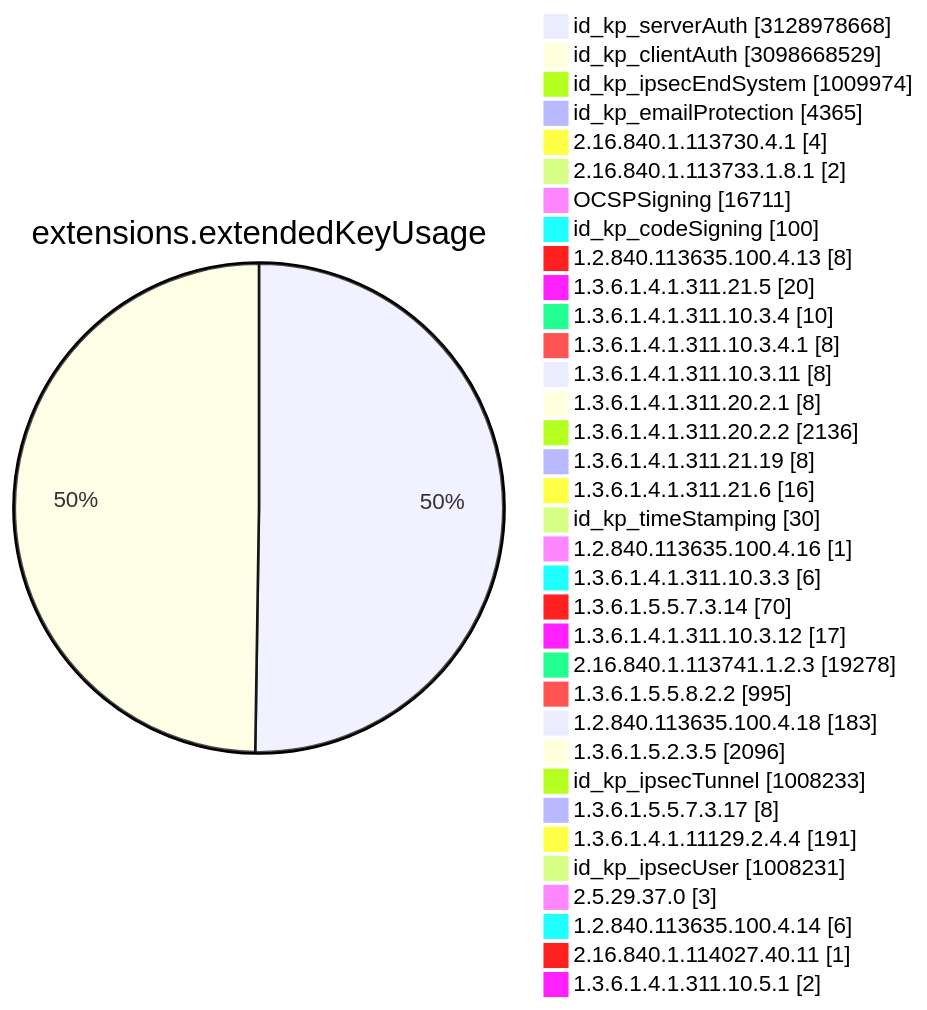
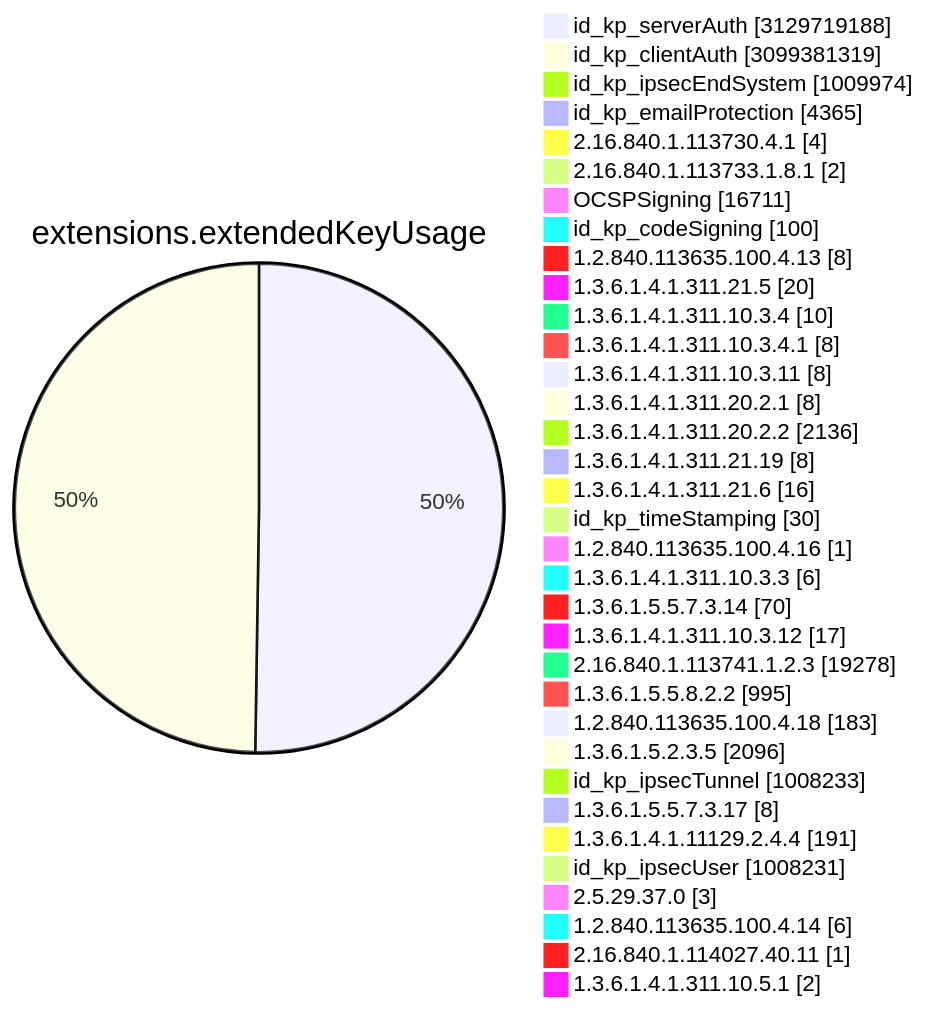
Before and after one commit to christiankrug/ctmonitor_visualization: diagram 11 of 15 in TOTAL/README.md, drawn with Mermaid. The commit also changed other lines of this file, not shown here.

````diff
--- a/TOTAL/README.md
+++ b/TOTAL/README.md
@@ -4117,38 +4117,38 @@
 ```mermaid
 pie showData
 title extensions.extendedKeyUsage
-"id_kp_serverAuth" :3128978668
-"id_kp_clientAuth" :3098668529
+"id_kp_serverAuth" :3129719188
+"id_kp_clientAuth" :3099381319
 "id_kp_ipsecEndSystem" :1009974
 "id_kp_emailProtection" :4365
 "2.16.840.1.113730.4.1" :4
 "2.16.840.1.113733.1.8.1" :2
 "OCSPSigning" :16711
 "id_kp_codeSigning" :100
 "1.2.840.113635.100.4.13" :8
 "1.3.6.1.4.1.311.21.5" :20
 "1.3.6.1.4.1.311.10.3.4" :10
 "1.3.6.1.4.1.311.10.3.4.1" :8
 "1.3.6.1.4.1.311.10.3.11" :8
 "1.3.6.1.4.1.311.20.2.1" :8
 "1.3.6.1.4.1.311.20.2.2" :2136
 "1.3.6.1.4.1.311.21.19" :8
 "1.3.6.1.4.1.311.21.6" :16
 "id_kp_timeStamping" :30
 "1.2.840.113635.100.4.16" :1
 "1.3.6.1.4.1.311.10.3.3" :6
 "1.3.6.1.5.5.7.3.14" :70
 "1.3.6.1.4.1.311.10.3.12" :17
 "2.16.840.1.113741.1.2.3" :19278
 "1.3.6.1.5.5.8.2.2" :995
 "1.2.840.113635.100.4.18" :183
 "1.3.6.1.5.2.3.5" :2096
 "id_kp_ipsecTunnel" :1008233
 "1.3.6.1.5.5.7.3.17" :8
 "1.3.6.1.4.1.11129.2.4.4" :191
 "id_kp_ipsecUser" :1008231
 "2.5.29.37.0" :3
 "1.2.840.113635.100.4.14" :6
 "2.16.840.1.114027.40.11" :1
 "1.3.6.1.4.1.311.10.5.1" :2
 ```
````
